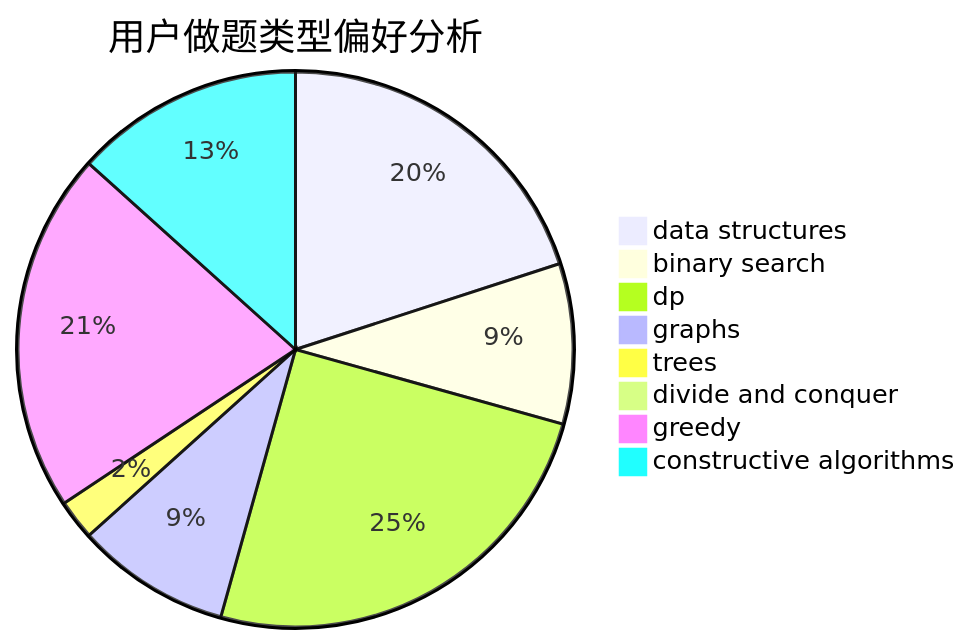
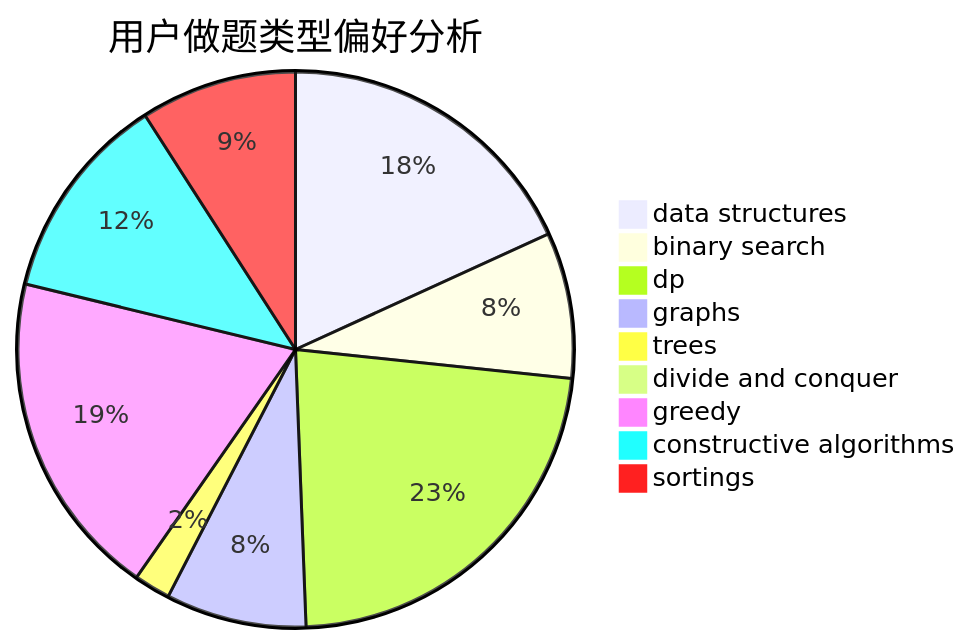
The second of 3 diagrams in docs/user/u2456.md (sherpahu/cfrs.github.io), drawn with Mermaid before and after one commit. The commit also changed other lines of this file and 2769 other files, not shown here.

````diff
--- a/docs/user/u2456.md
+++ b/docs/user/u2456.md
@@ -23,11 +18,12 @@
 ```mermaid
 pie title 用户做题类型偏好分析
     "data structures" :  60
     "binary search" :  28
     "dp" :  75
     "graphs" :  27
     "trees" :  7
     "divide and conquer" :  1
     "greedy" :  63
     "constructive algorithms" :  40
+    "sortings" :  30
 ```
````
